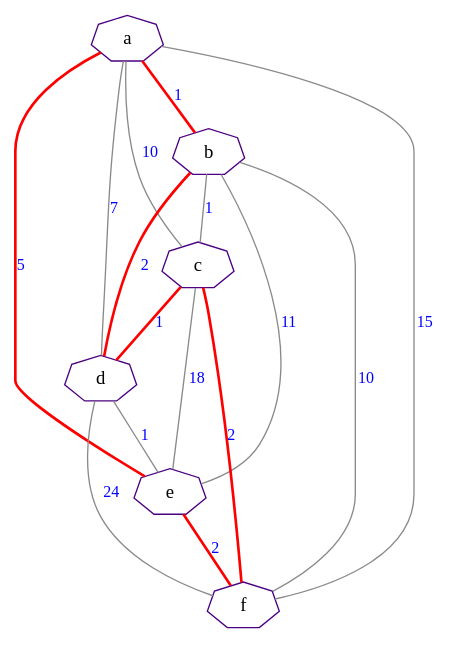
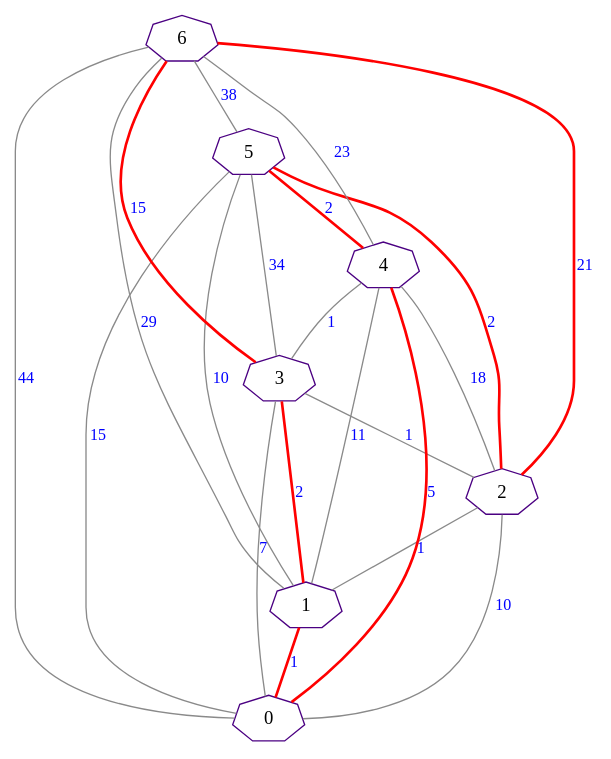
Before and after one commit to Sunshine-ki/BMSTU5_AA: the diagram in lab_06/src/result/result.gv, drawn with Graphviz. The commit also changed 8 other files, not shown here.

```diff
--- a/lab_06/src/result/result.gv
+++ b/lab_06/src/result/result.gv
@@ -1,21 +1,27 @@
 graph G
 {
     edge[color="gray54",fontcolor="blue",fontsize=12, len=3];
     node[color="indigo",fontsize=14, shape="septagon"];
 
-    a -- b [label="1", color=red, penwidth=2.0];
-    a -- c [label="10"];
-    b -- c [label="1"];
-    a -- d [label="7"];
-    b -- d [label="2", color=red, penwidth=2.0];
-    c -- d [label="1", color=red, penwidth=2.0];
-    a -- e [label="5", color=red, penwidth=2.0];
-    b -- e [label="11"];
-    c -- e [label="18"];
-    d -- e [label="1"];
-    a -- f [label="15"];
-    b -- f [label="10"];
-    c -- f [label="2", color=red, penwidth=2.0];
-    d -- f [label="24"];
-    e -- f [label="2", color=red, penwidth=2.0];
+    1 -- 0 [label="1", color=red, penwidth=2.0];
+    2 -- 0 [label="10"];
+    2 -- 1 [label="1"];
+    3 -- 0 [label="7"];
+    3 -- 1 [label="2", color=red, penwidth=2.0];
+    3 -- 2 [label="1"];
+    4 -- 0 [label="5", color=red, penwidth=2.0];
+    4 -- 1 [label="11"];
+    4 -- 2 [label="18"];
+    4 -- 3 [label="1"];
+    5 -- 0 [label="15"];
+    5 -- 1 [label="10"];
+    5 -- 2 [label="2", color=red, penwidth=2.0];
+    5 -- 3 [label="34"];
+    5 -- 4 [label="2", color=red, penwidth=2.0];
+    6 -- 0 [label="44"];
+    6 -- 1 [label="29"];
+    6 -- 2 [label="21", color=red, penwidth=2.0];
+    6 -- 3 [label="15", color=red, penwidth=2.0];
+    6 -- 4 [label="23"];
+    6 -- 5 [label="38"];
 }
```
